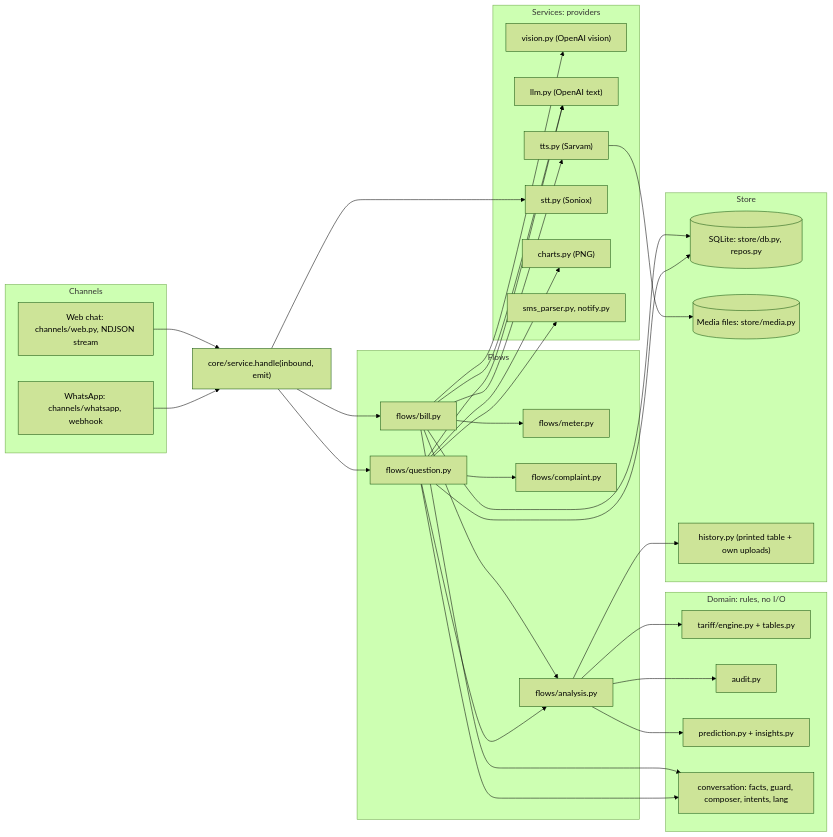
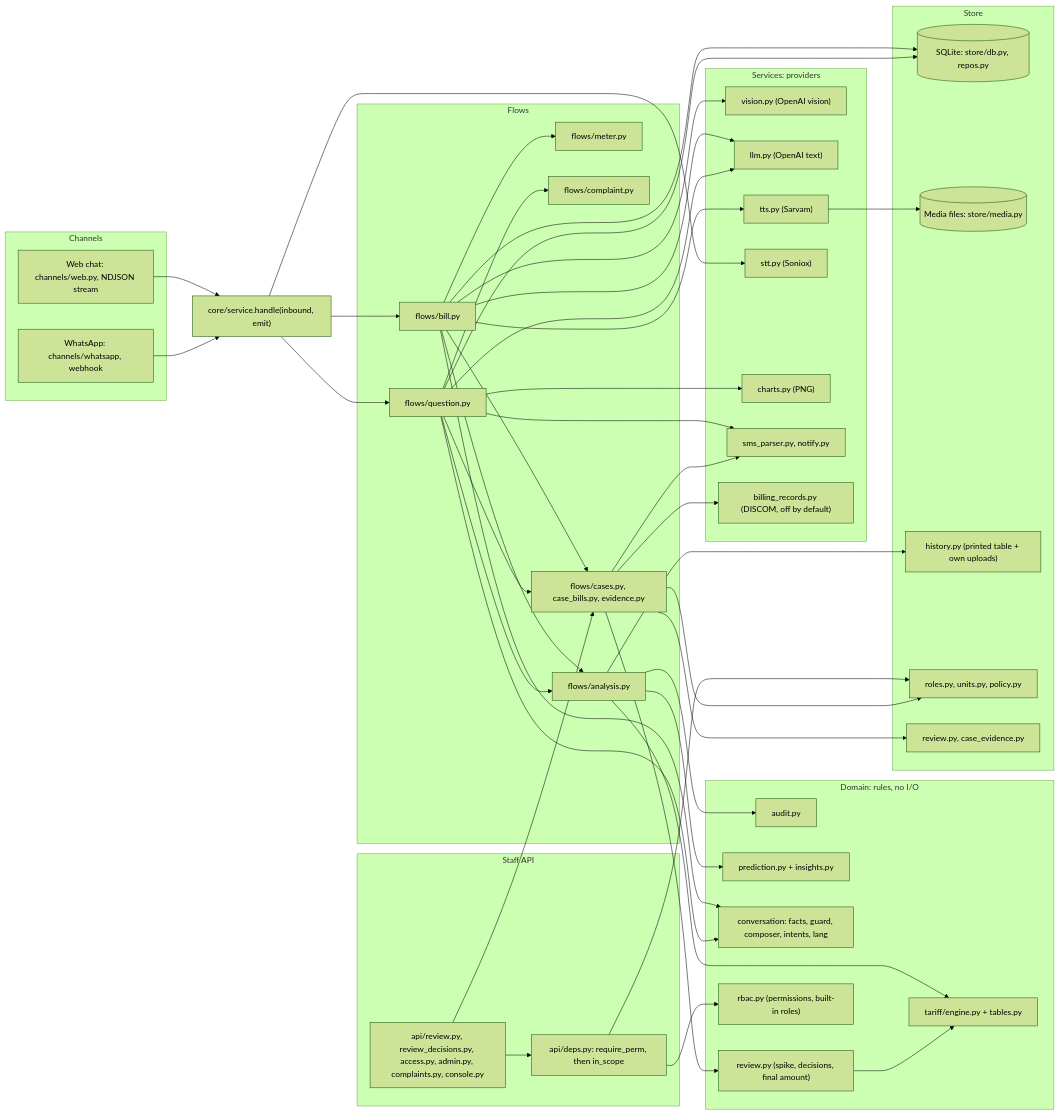
Before and after one commit to meraj-AIP/bill-mitra: the first of 3 diagrams in ARCHITECTURE.md, drawn with Mermaid (forest theme). The commit also changed other lines of this file and 5 other files, not shown here.

Commit message:
docs: architecture, PRD and API contract for access control and bill review

````diff
--- a/ARCHITECTURE.md
+++ b/ARCHITECTURE.md
@@ -13,58 +17,80 @@
 ```mermaid
 flowchart LR
     subgraph CH["Channels"]
         WEB["Web chat: channels/web.py, NDJSON stream"]
         WA["WhatsApp: channels/whatsapp, webhook"]
+    end
+    subgraph SA["Staff API"]
+        API["api/review.py, review_decisions.py, access.py, admin.py, complaints.py, console.py"]
+        DEP["api/deps.py: require_perm, then in_scope"]
     end
     SVC["core/service.handle(inbound, emit)"]
     subgraph FL["Flows"]
         BF["flows/bill.py"]
         QF["flows/question.py"]
         MF["flows/meter.py"]
         CF["flows/complaint.py"]
         AF["flows/analysis.py"]
+        RF["flows/cases.py, case_bills.py, evidence.py"]
     end
     subgraph DM["Domain: rules, no I/O"]
         TE["tariff/engine.py + tables.py"]
         AU["audit.py"]
         PR["prediction.py + insights.py"]
         CV["conversation: facts, guard, composer, intents, lang"]
+        RV["review.py (spike, decisions, final amount)"]
+        RB["rbac.py (permissions, built-in roles)"]
     end
     subgraph SV["Services: providers"]
         VI["vision.py (OpenAI vision)"]
         LL["llm.py (OpenAI text)"]
         TT["tts.py (Sarvam)"]
         ST["stt.py (Soniox)"]
         CH2["charts.py (PNG)"]
         SM["sms_parser.py, notify.py"]
+        BR["billing_records.py (DISCOM, off by default)"]
     end
     subgraph SO["Store"]
         DB[("SQLite: store/db.py, repos.py")]
         MD[("Media files: store/media.py")]
         HI["history.py (printed table + own uploads)"]
+        UN["roles.py, units.py, policy.py"]
+        RS["review.py, case_evidence.py"]
     end
     WEB --> SVC
     WA --> SVC
     SVC --> BF
     SVC --> QF
     BF --> MF
     QF --> CF
     BF --> AF
     QF --> AF
     AF --> TE
     AF --> AU
     AF --> PR
     BF --> CV
     QF --> CV
     BF --> VI
     BF --> LL
     QF --> LL
     QF --> CH2
     SVC --> ST
     BF --> TT
     QF --> SM
     AF --> HI
     BF --> DB
     QF --> DB
     TT --> MD
+    BF --> RF
+    QF --> RF
+    API --> DEP
+    DEP --> RB
+    DEP --> UN
+    API --> RF
+    RF --> RV
+    RV --> TE
+    RF --> BR
+    RF --> UN
+    RF --> RS
+    RF --> SM
 ```
````
